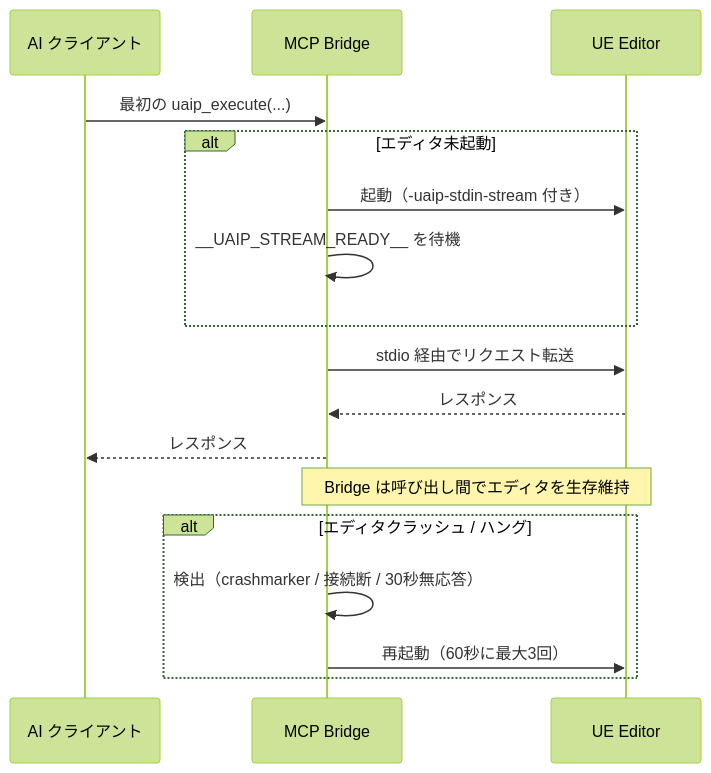
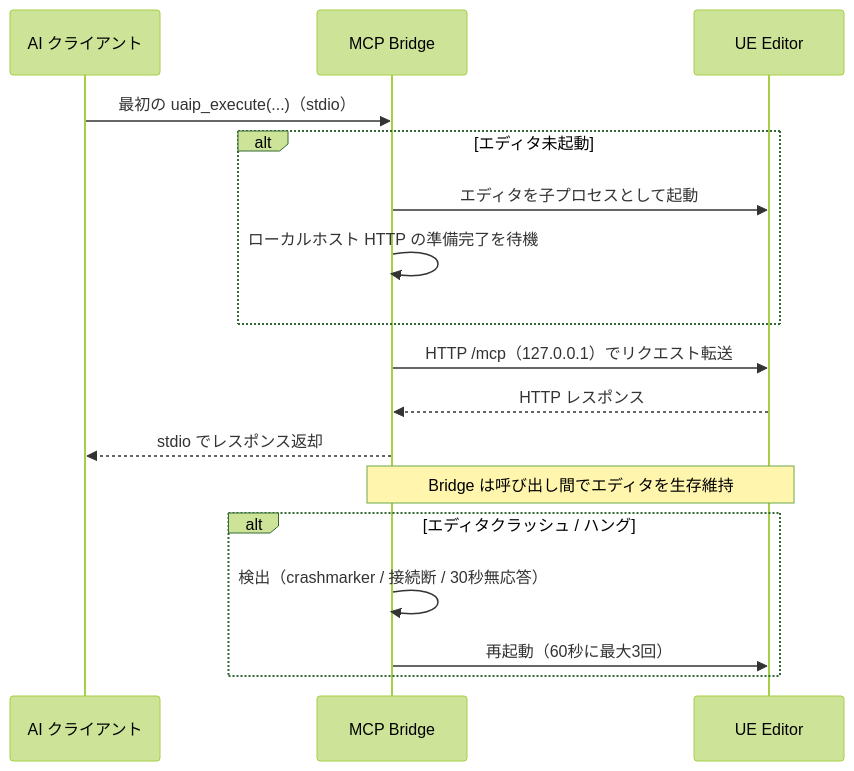
One commit to Naotsun19B/UnrealAIIntegrationPlatform-Document changed the sixth of 6 diagrams in docs/ja/architecture.md. Above: the diagram before and after it, drawn with Mermaid (forest theme). The commit also changed other lines of this file and 17 other files, not shown here.

````diff
--- a/docs/ja/architecture.md
+++ b/docs/ja/architecture.md
@@ -207,22 +207,22 @@
 ```mermaid
 sequenceDiagram
     participant Cli as AI クライアント
     participant Br as MCP Bridge
     participant Ed as UE Editor
 
-    Cli->>Br: 最初の uaip_execute(...)
+    Cli->>Br: 最初の uaip_execute(...)（stdio）
     alt エディタ未起動
-        Br->>Ed: 起動（-uaip-stdin-stream 付き）
-        Br->>Br: __UAIP_STREAM_READY__ を待機
+        Br->>Ed: エディタを子プロセスとして起動
+        Br->>Br: ローカルホスト HTTP の準備完了を待機
     end
-    Br->>Ed: stdio 経由でリクエスト転送
-    Ed-->>Br: レスポンス
-    Br-->>Cli: レスポンス
+    Br->>Ed: HTTP /mcp（127.0.0.1）でリクエスト転送
+    Ed-->>Br: HTTP レスポンス
+    Br-->>Cli: stdio でレスポンス返却
 
     Note over Br,Ed: Bridge は呼び出し間でエディタを生存維持
 
     alt エディタクラッシュ / ハング
         Br->>Br: 検出（crashmarker / 接続断 / 30秒無応答）
         Br->>Ed: 再起動（60秒に最大3回）
     end
 ```
````
